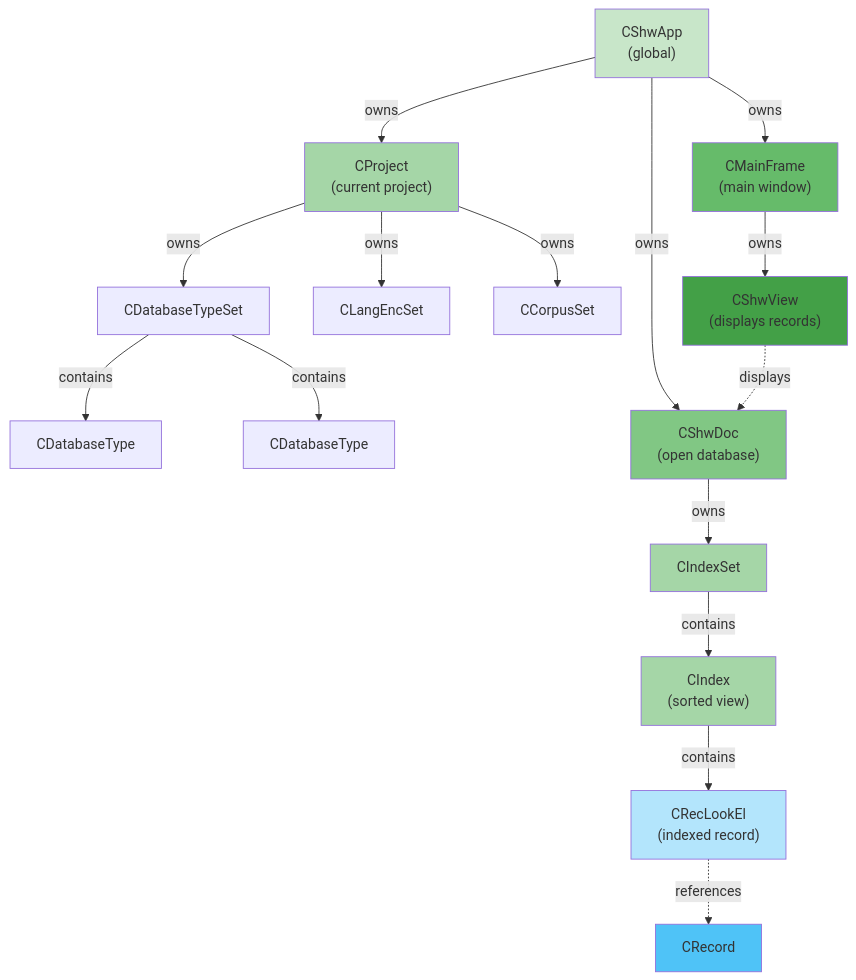
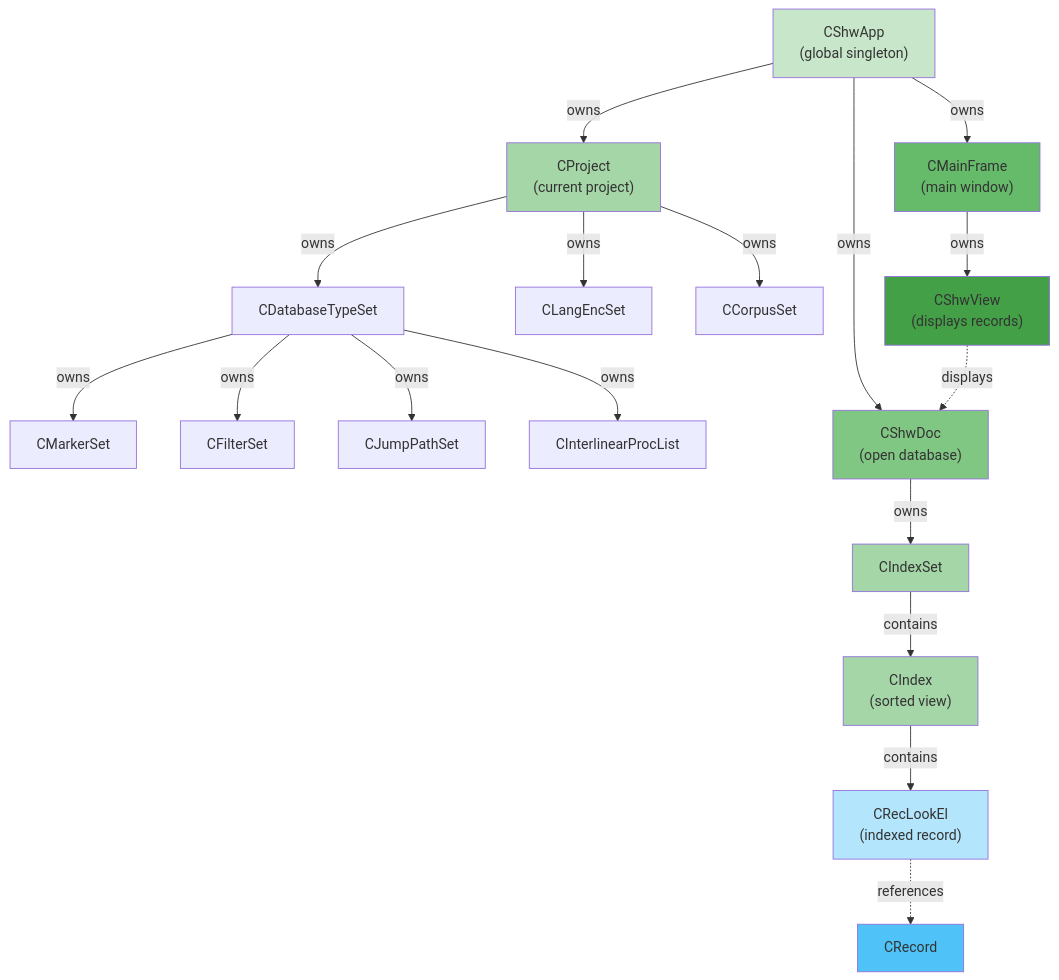
The first of 10 diagrams in ARCHITECTURE.md (sillsdev/Toolbox), drawn with Mermaid before and after one commit. The commit also changed other lines of this file and 8 other files, not shown here.

````diff
--- a/ARCHITECTURE.md
+++ b/ARCHITECTURE.md
@@ -104,49 +38,53 @@
 ```mermaid
 graph TD
-    APP["CShwApp<br/>(global)"]
+    APP["CShwApp<br/>(global singleton)"]
     PRJ["CProject<br/>(current project)"]
     TYPSET["CDatabaseTypeSet"]
-    DBT1["CDatabaseType"]
-    DBT2["CDatabaseType"]
+    DBT1["CMarkerSet"]
+    DBT2["CFilterSet"]
+    DBT3["CJumpPathSet"]
+    DBT4["CInterlinearProcList"]
 
     LNGSET["CLangEncSet"]
     CORSET["CCorpusSet"]
 
     MWN["CMainFrame<br/>(main window)"]
     VIEW["CShwView<br/>(displays records)"]
 
     DOC["CShwDoc<br/>(open database)"]
     INDSET["CIndexSet"]
     IND["CIndex<br/>(sorted view)"]
     RECLE["CRecLookEl<br/>(indexed record)"]
     REC["CRecord"]
 
     APP -->|owns| PRJ
     APP -->|owns| MWN
     APP -->|owns| DOC
 
     PRJ -->|owns| TYPSET
     PRJ -->|owns| LNGSET
     PRJ -->|owns| CORSET
 
-    TYPSET -->|contains| DBT1
-    TYPSET -->|contains| DBT2
+    TYPSET -->|owns| DBT1
+    TYPSET -->|owns| DBT2
+    TYPSET -->|owns| DBT3
+    TYPSET -->|owns| DBT4
 
     MWN -->|owns| VIEW
     VIEW -.->|displays| DOC
 
     DOC -->|owns| INDSET
     INDSET -->|contains| IND
     IND -->|contains| RECLE
     RECLE -.->|references| REC
 
     style APP fill:#c8e6c9
     style PRJ fill:#a5d6a7
     style MWN fill:#66bb6a
     style VIEW fill:#43a047
     style DOC fill:#81c784
     style INDSET fill:#a5d6a7
     style IND fill:#a5d6a7
     style RECLE fill:#b3e5fc
     style REC fill:#4fc3f7
 ```
````
